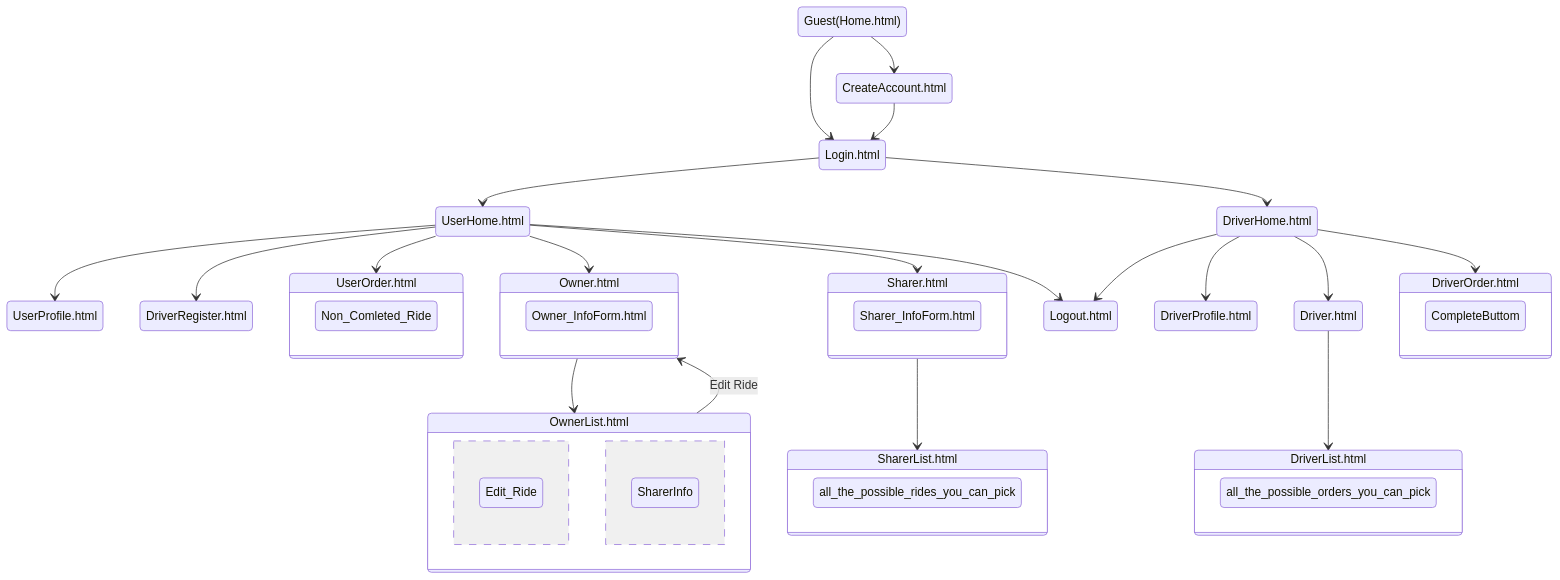
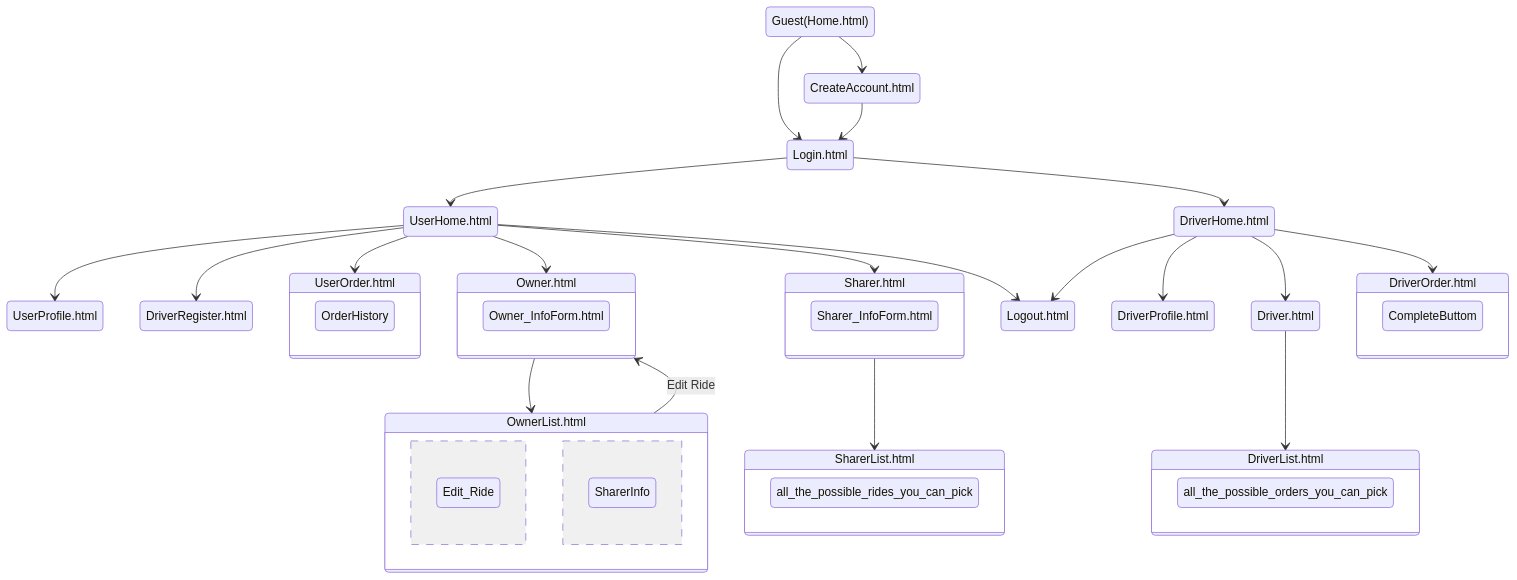
One commit to YUME-FF/Web-APP_Ride-Sharing-Service changed the second of 2 diagrams in README.md. Above: the diagram before and after it, drawn with Mermaid.

````diff
--- a/README.md
+++ b/README.md
@@ -190,54 +190,54 @@
 ```mermaid
 stateDiagram-v2
     Guest(Home.html) --> Login.html
     Guest(Home.html) --> CreateAccount.html
     CreateAccount.html --> Login.html
     
     Login.html --> UserHome.html
     Login.html --> DriverHome.html
     UserHome.html --> UserProfile.html
     UserHome.html --> DriverRegister.html
     UserHome.html --> UserOrder.html
     State UserOrder.html {
-        Non_Comleted_Ride
+        OrderHistory
     }
 
     UserHome.html --> Owner.html
     State Owner.html{
         Owner_InfoForm.html
     }
 
     Owner.html --> OwnerList.html
     OwnerList.html --> Owner.html : Edit Ride
     State OwnerList.html{
         Edit_Ride
         --
         SharerInfo
     }
     
     UserHome.html --> Sharer.html
     State Sharer.html{
         Sharer_InfoForm.html
     }
 
     Sharer.html --> SharerList.html
     State SharerList.html{
         all_the_possible_rides_you_can_pick
     }
 
     UserHome.html --> Logout.html
     DriverHome.html --> Logout.html
     
     DriverHome.html --> DriverProfile.html  
     DriverHome.html --> Driver.html
 
     Driver.html --> DriverList.html
     State DriverList.html{
         all_the_possible_orders_you_can_pick
     }
 
     DriverHome.html --> DriverOrder.html
     State DriverOrder.html{
         CompleteButtom
     }
 ```
````
